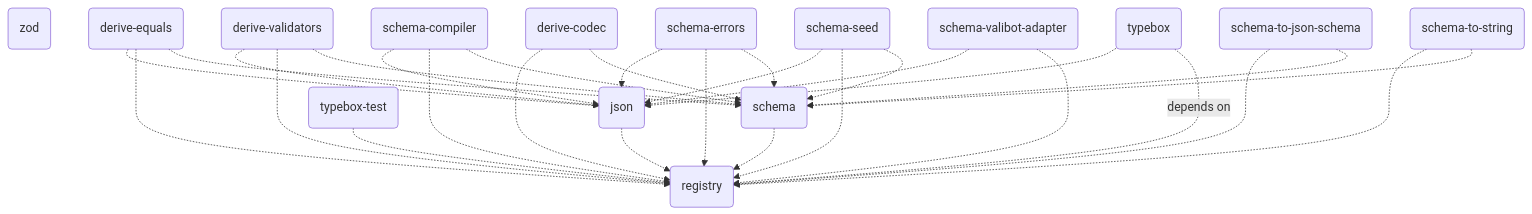
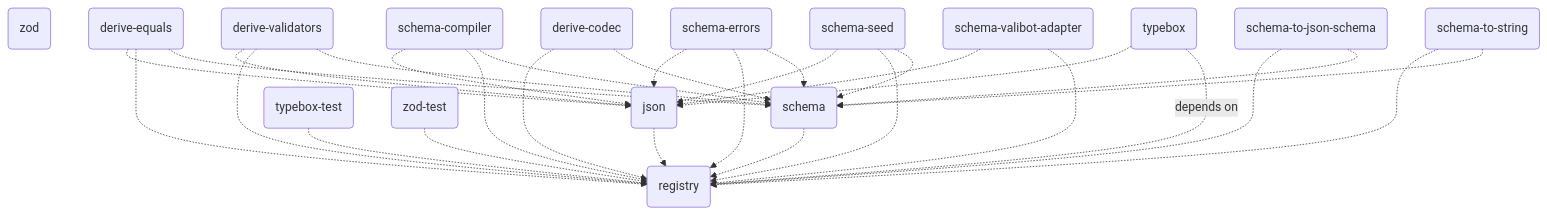
Before and after one commit to traversable/schema: the diagram in README.md, drawn with Mermaid.

Commit message:
chore: adds auto-generated readme changes

````diff
--- a/README.md
+++ b/README.md
@@ -497,33 +497,34 @@
 ```mermaid
 flowchart TD
     registry(registry)
     zod(zod)
     json(json) -.-> registry(registry)
     schema(schema) -.-> registry(registry)
     typebox-test(typebox-test) -.-> registry(registry)
+    zod-test(zod-test) -.-> registry(registry)
     derive-codec(derive-codec) -.-> registry(registry)
     derive-codec(derive-codec) -.-> schema(schema)
     derive-equals(derive-equals) -.-> json(json)
     derive-equals(derive-equals) -.-> registry(registry)
     derive-equals(derive-equals) -.-> schema(schema)
     derive-validators(derive-validators) -.-> json(json)
     derive-validators(derive-validators) -.-> registry(registry)
     derive-validators(derive-validators) -.-> schema(schema)
     schema-compiler(schema-compiler) -.-> json(json)
     schema-compiler(schema-compiler) -.-> registry(registry)
     schema-compiler(schema-compiler) -.-> schema(schema)
     schema-errors(schema-errors) -.-> json(json)
     schema-errors(schema-errors) -.-> registry(registry)
     schema-errors(schema-errors) -.-> schema(schema)
     schema-seed(schema-seed) -.-> json(json)
     schema-seed(schema-seed) -.-> registry(registry)
     schema-seed(schema-seed) -.-> schema(schema)
     schema-to-json-schema(schema-to-json-schema) -.-> registry(registry)
     schema-to-json-schema(schema-to-json-schema) -.-> schema(schema)
     schema-to-string(schema-to-string) -.-> registry(registry)
     schema-to-string(schema-to-string) -.-> schema(schema)
     schema-valibot-adapter(schema-valibot-adapter) -.-> json(json)
     schema-valibot-adapter(schema-valibot-adapter) -.-> registry(registry)
     typebox(typebox) -.-> json(json)
     typebox(typebox) -.depends on.-> registry(registry)
 ```
````
